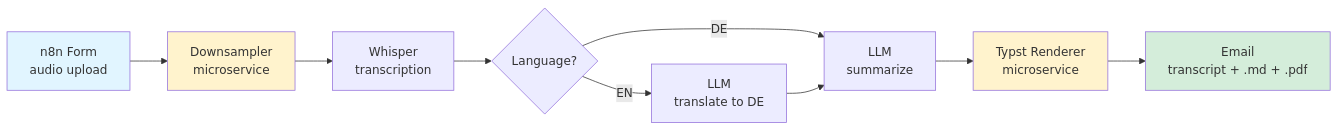
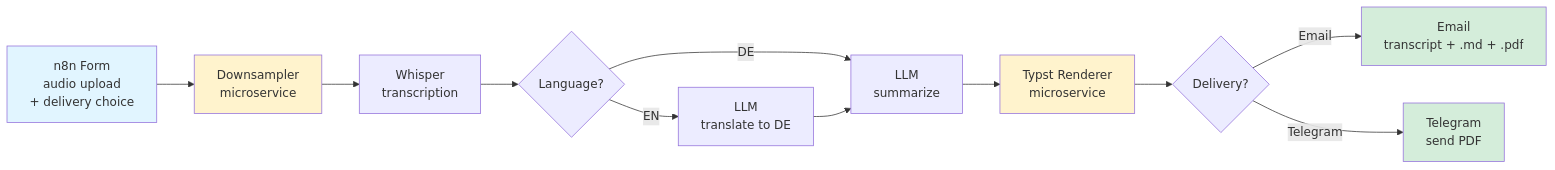
The second of 2 diagrams in README.md (toestre/content-pipelines), drawn with Mermaid before and after one commit. The commit also changed other lines of this file and 9 other files, not shown here.

Commit message:
Update README with delivery options for Sermon Pipeline, add article and sermon flow diagrams, and include sample outputs for article and sermon summaries. Introduce new workflows for article translation and sermon transcription, enhancing functionality and user experience.

````diff
--- a/README.md
+++ b/README.md
@@ -57,16 +57,19 @@
 ```mermaid
 flowchart LR
-    A[n8n Form<br/>audio upload] --> B[Downsampler<br/>microservice]
+    A[n8n Form<br/>audio upload<br/>+ delivery choice] --> B[Downsampler<br/>microservice]
     B --> C[Whisper<br/>transcription]
     C --> D{Language?}
     D -->|EN| E[LLM<br/>translate to DE]
     D -->|DE| F[LLM<br/>summarize]
     E --> F
     F --> G[Typst Renderer<br/>microservice]
-    G --> H[Email<br/>transcript + .md + .pdf]
+    G --> H{Delivery?}
+    H -->|Email| I[Email<br/>transcript + .md + .pdf]
+    H -->|Telegram| J[Telegram<br/>send PDF]
 
     style A fill:#e1f5ff
     style B fill:#fff3cd
     style G fill:#fff3cd
-    style H fill:#d4edda
+    style I fill:#d4edda
+    style J fill:#d4edda
 ```
````
